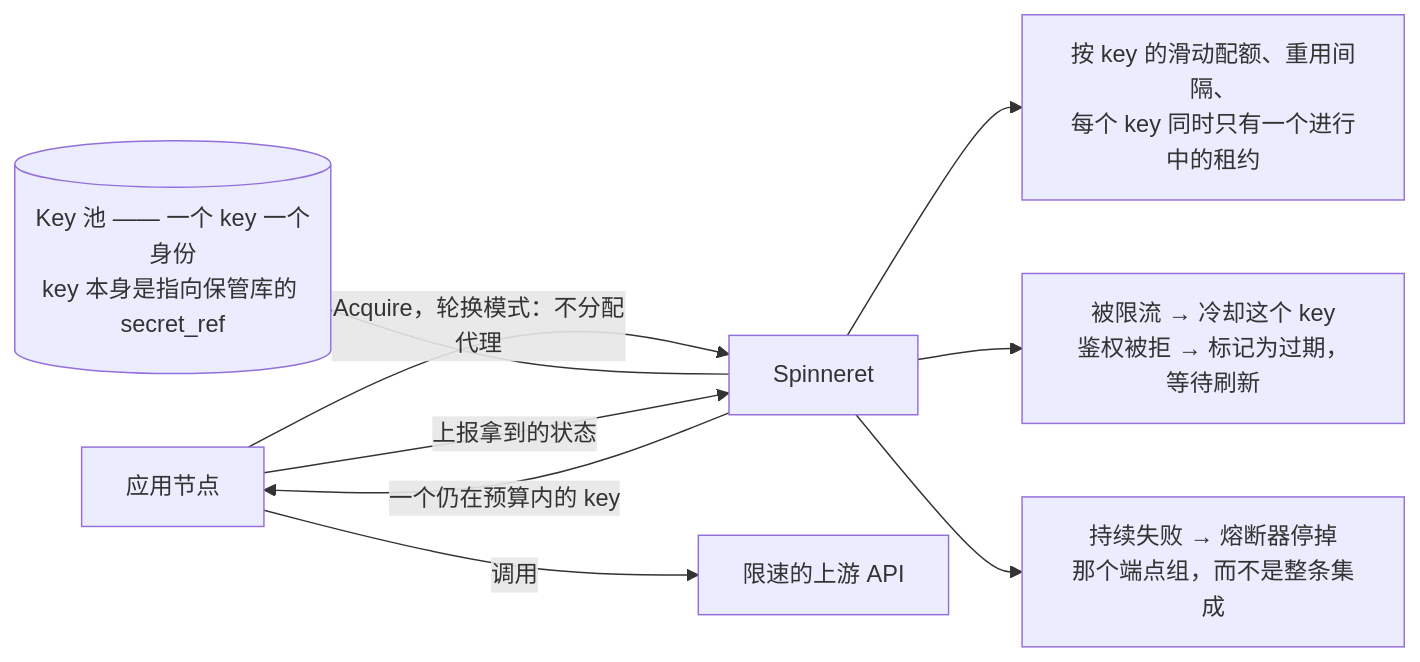
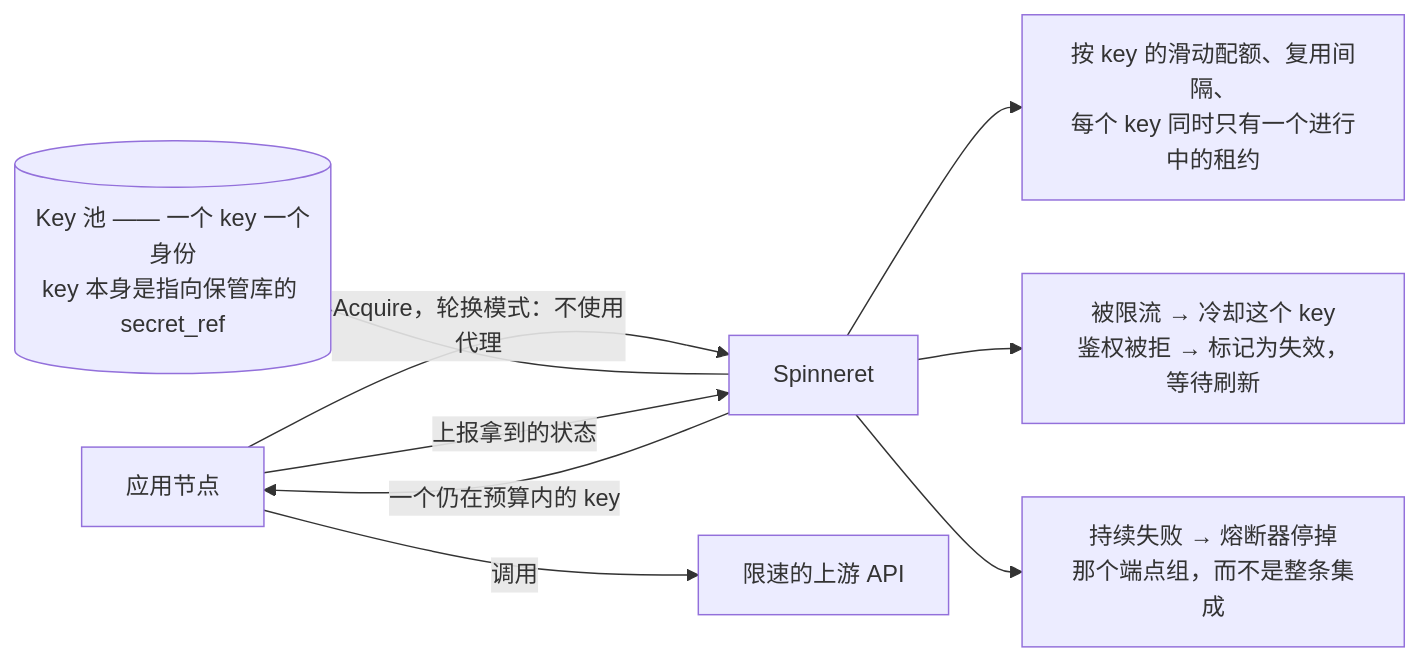
One commit to TikHub/Spinneret changed the seventh of 12 diagrams in README.zh-CN.md. Above: the diagram before and after it, drawn with Mermaid. The commit also changed other lines of this file and 1 other file, not shown here.

````diff
--- a/README.zh-CN.md
+++ b/README.zh-CN.md
@@ -367,11 +506,11 @@
 ```mermaid
 flowchart LR
-    APP["应用节点"] -->|"Acquire，轮换模式：不分配代理"| S["Spinneret"]
+    APP["应用节点"] -->|"Acquire，轮换模式：不使用代理"| S["Spinneret"]
     K[("Key 池 —— 一个 key 一个身份<br/>key 本身是指向保管库的 secret_ref")] --- S
     S -->|"一个仍在预算内的 key"| APP
     APP -->|"调用"| U["限速的上游 API"]
     APP -->|"上报拿到的状态"| S
-    S --> Q["按 key 的滑动配额、重用间隔、<br/>每个 key 同时只有一个进行中的租约"]
-    S --> L["被限流 → 冷却这个 key<br/>鉴权被拒 → 标记为过期，等待刷新"]
+    S --> Q["按 key 的滑动配额、复用间隔、<br/>每个 key 同时只有一个进行中的租约"]
+    S --> L["被限流 → 冷却这个 key<br/>鉴权被拒 → 标记为失效，等待刷新"]
     S --> BR["持续失败 → 熔断器停掉<br/>那个端点组，而不是整条集成"]
 ```
````
